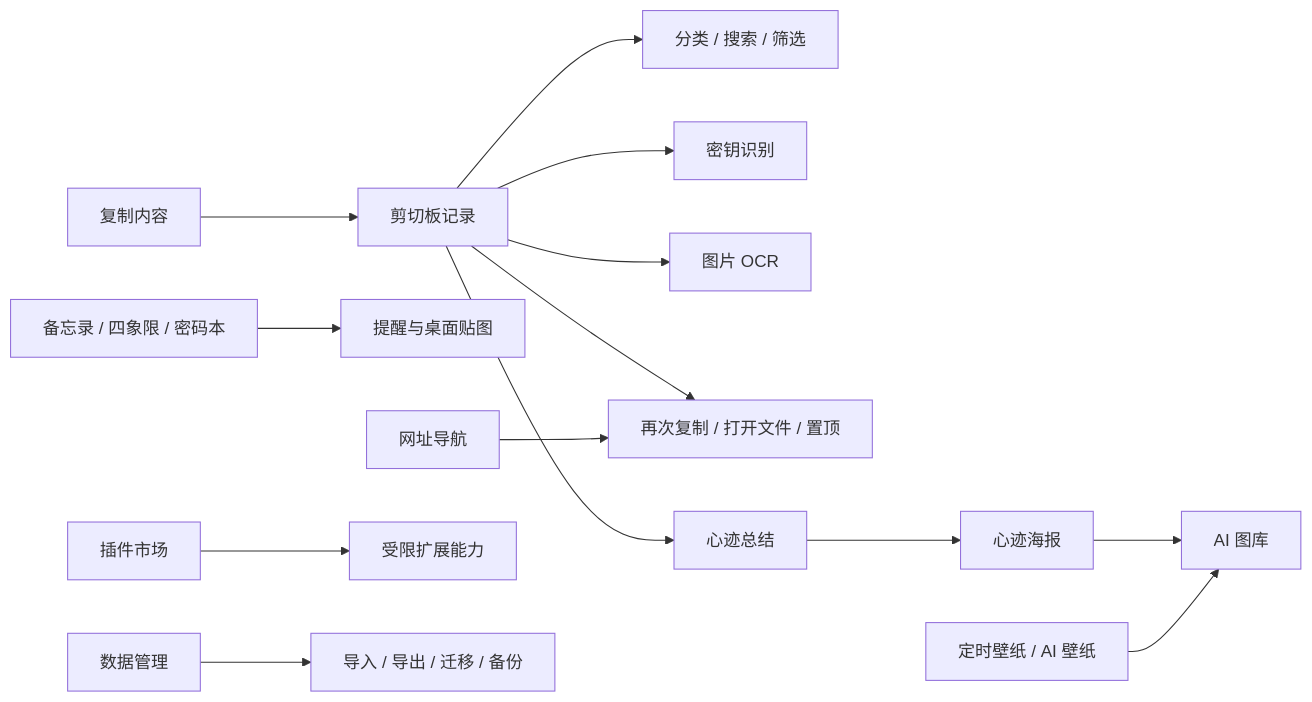
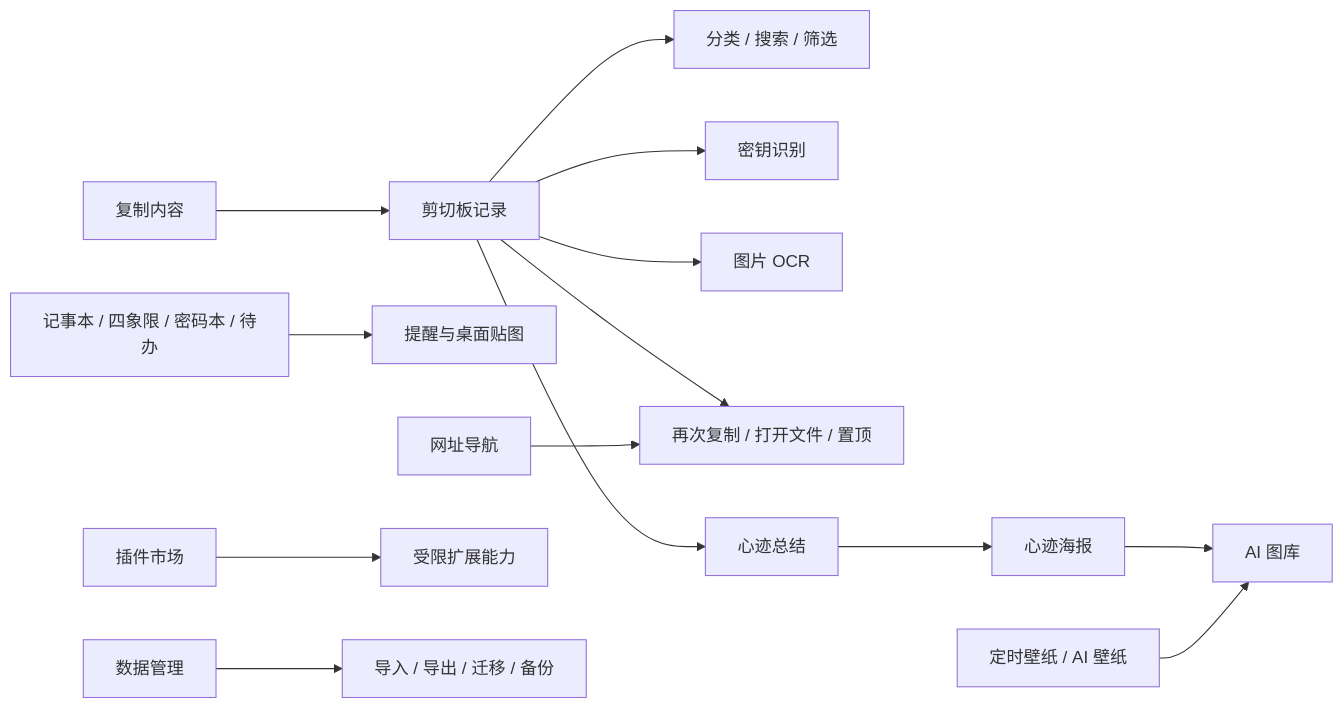
Before and after one commit to dcxa521gi/Gleanx: the diagram in README.md, drawn with Mermaid. The commit also changed other lines of this file, not shown here.

````diff
--- a/README.md
+++ b/README.md
@@ -134,16 +128,16 @@
 ```mermaid
 flowchart LR
   Copy["复制内容"] --> Clipboard["剪切板记录"]
   Clipboard --> Classify["分类 / 搜索 / 筛选"]
   Clipboard --> Secret["密钥识别"]
   Clipboard --> OCR["图片 OCR"]
   Clipboard --> Reuse["再次复制 / 打开文件 / 置顶"]
   Clipboard --> Heartprint["心迹总结"]
   Heartprint --> Poster["心迹海报"]
   Poster --> Gallery["AI 图库"]
   Wallpaper["定时壁纸 / AI 壁纸"] --> Gallery
-  Memo["备忘录 / 四象限 / 密码本"] --> Reminder["提醒与桌面贴图"]
+  Memo["记事本 / 四象限 / 密码本 / 待办"] --> Reminder["提醒与桌面贴图"]
   Website["网址导航"] --> Reuse
   Plugin["插件市场"] --> Extend["受限扩展能力"]
   Data["数据管理"] --> Backup["导入 / 导出 / 迁移 / 备份"]
 ```
````
